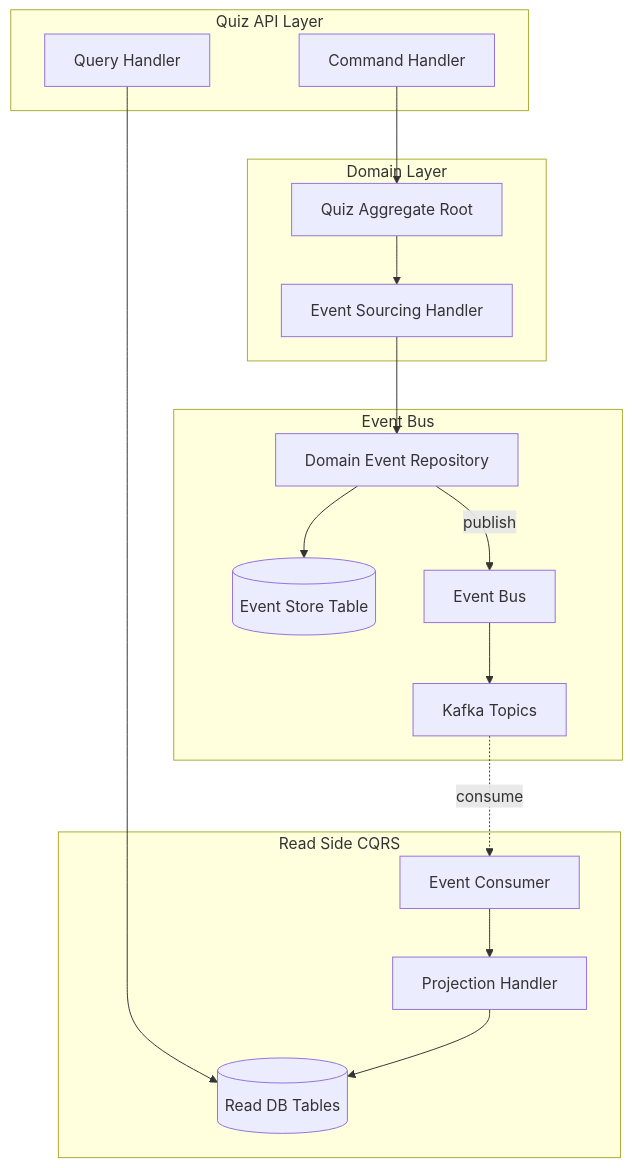
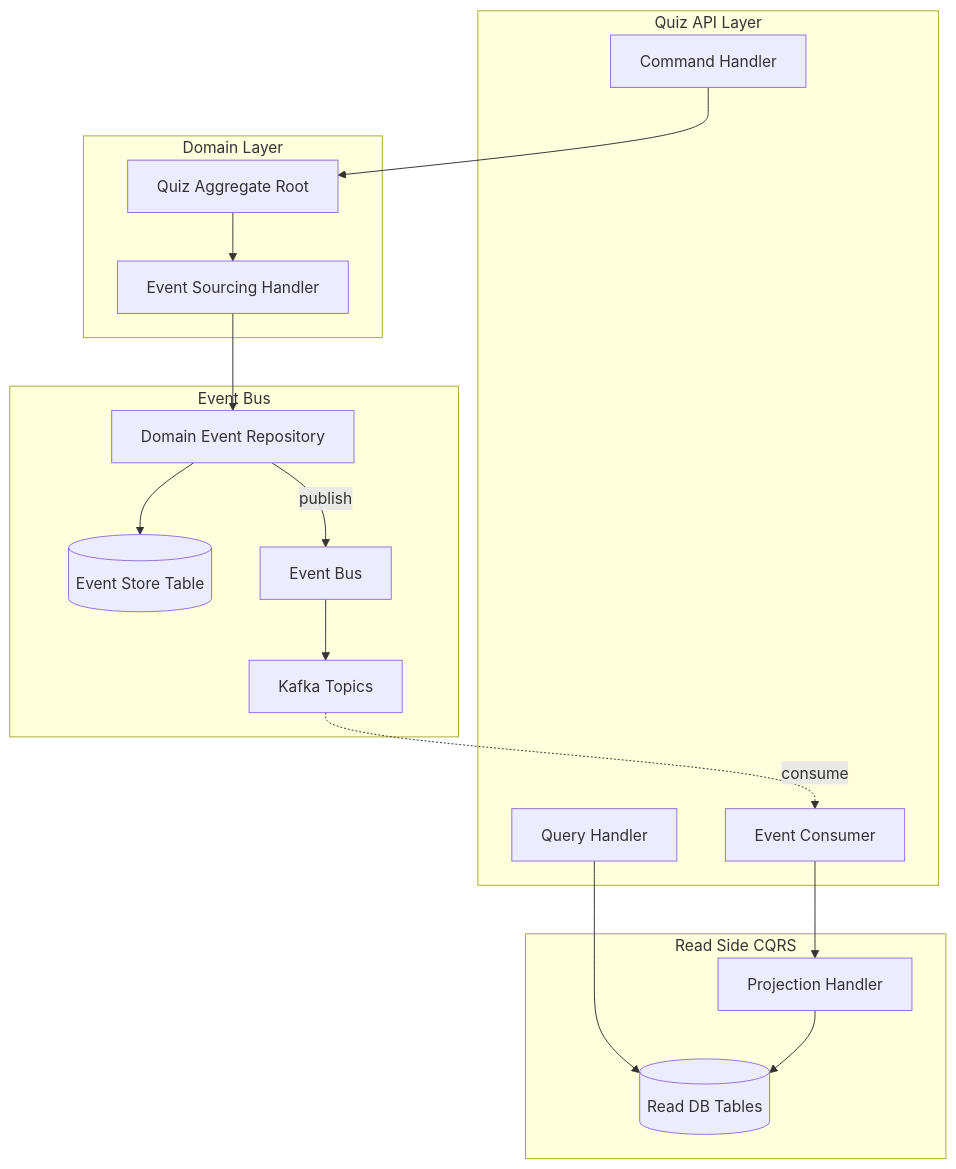
The second of 3 diagrams in README.md (rafaesc/snippetquiz), drawn with Mermaid before and after one commit. The commit also changed other lines of this file and 17 other files, not shown here.

````diff
--- a/README.md
+++ b/README.md
@@ -75,41 +76,41 @@
 ```mermaid
 flowchart TD
   subgraph API["Quiz API Layer"]
     CMD[Command Handler]
     QUERY[Query Handler]
+    CONSUMER[Event Consumer]
   end
 
   subgraph ReadSide["Read Side CQRS"]
-    CONSUMER[Event Consumer]
     PROJ[Projection Handler]
     READDB[(Read DB Tables)]
   end
 
   subgraph Domain["Domain Layer"]
     AGG[Quiz Aggregate Root]
     ES[Event Sourcing Handler]
   end
 
   subgraph EventStore["Event Bus"]
     REPO[Domain Event Repository]
     EVTBL[(Event Store Table)]
     BUS[Event Bus]
     KAFKA[Kafka Topics]
   end
 
   %% Write Side Flow
   CMD --> AGG
   QUERY --> READDB
   AGG --> ES
   ES --> REPO
   REPO --> EVTBL
   REPO -->|publish| BUS
   BUS --> KAFKA
 
   %% Read Side Flow
   KAFKA -.->|consume| CONSUMER
   CONSUMER --> PROJ
   PROJ --> READDB
 
   %% Rebuild from Events
 ```
````
